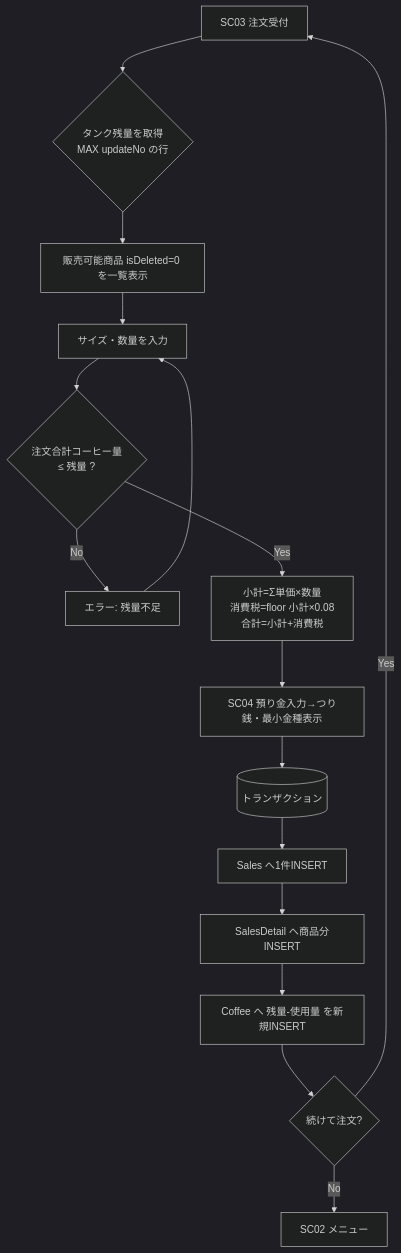
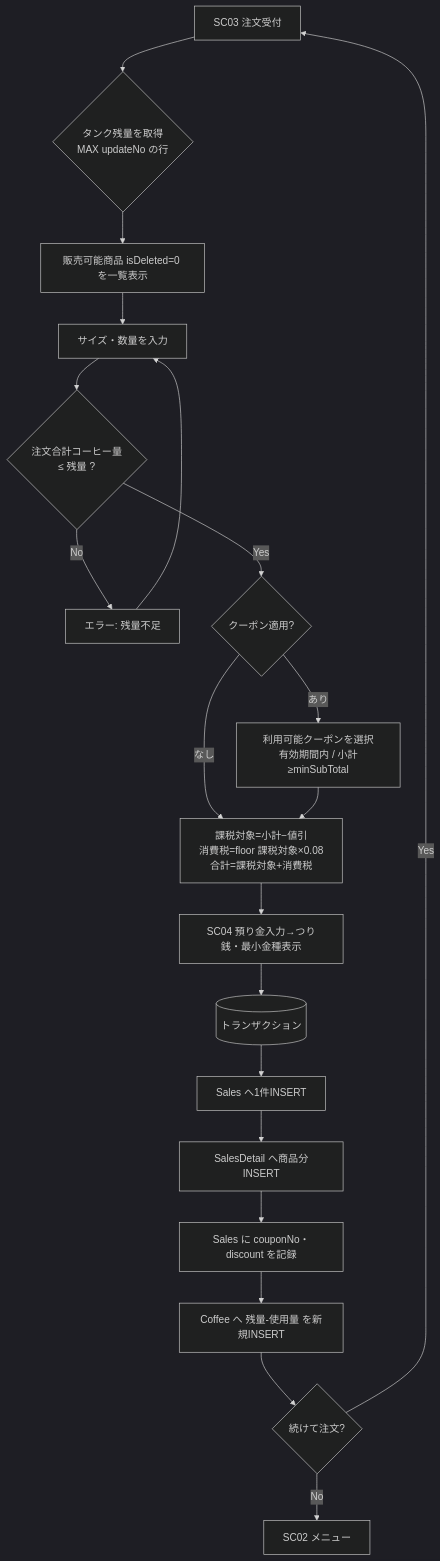
Before and after one commit to you0104/practice: the second of 2 diagrams in docs/画面遷移図.md, drawn with Mermaid (dark theme). The commit also changed other lines of this file and 3 other files, not shown here.

````diff
--- a/docs/画面遷移図.md
+++ b/docs/画面遷移図.md
@@ -65,18 +65,22 @@
 ```mermaid
 flowchart TD
     A[SC03 注文受付] --> B{タンク残量を取得<br/>MAX updateNo の行}
     B --> C[販売可能商品 isDeleted=0 を一覧表示]
     C --> D[サイズ・数量を入力]
     D --> E{注文合計コーヒー量<br/> ≤ 残量 ?}
     E -- No --> F[エラー: 残量不足]
     F --> D
-    E -- Yes --> G[小計=Σ単価×数量<br/>消費税=floor 小計×0.08<br/>合計=小計+消費税]
+    E -- Yes --> CP{クーポン適用?}
+    CP -- あり --> CPV[利用可能クーポンを選択<br/>有効期間内 / 小計≥minSubTotal]
+    CP -- なし --> G
+    CPV --> G[課税対象=小計−値引<br/>消費税=floor 課税対象×0.08<br/>合計=課税対象+消費税]
     G --> H[SC04 預り金入力→つり銭・最小金種表示]
     H --> I[(トランザクション)]
     I --> J[Sales へ1件INSERT]
     J --> K[SalesDetail へ商品分INSERT]
-    K --> L[Coffee へ 残量-使用量 を新規INSERT]
+    K --> K2[Sales に couponNo・discount を記録]
+    K2 --> L[Coffee へ 残量-使用量 を新規INSERT]
     L --> M{続けて注文?}
     M -- Yes --> A
     M -- No --> N[SC02 メニュー]
 ```
````
